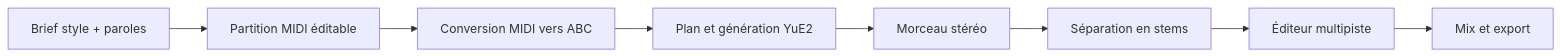
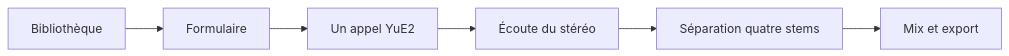
Before and after one commit to azerothl/song-maker: the first of 4 diagrams in specs/SONG_MAKER_SPEC.md, drawn with Mermaid. The commit also changed other lines of this file, not shown here.

````diff
--- a/specs/SONG_MAKER_SPEC.md
+++ b/specs/SONG_MAKER_SPEC.md
@@ -142,10 +166,8 @@
 ```mermaid
 flowchart LR
-    A[Brief style + paroles] --> B[Partition MIDI éditable]
-    B --> C[Conversion MIDI vers ABC]
-    C --> D[Plan et génération YuE2]
-    D --> E[Morceau stéréo]
-    E --> F[Séparation en stems]
-    F --> G[Éditeur multipiste]
-    G --> H[Mix et export]
+    A[Bibliothèque] --> B[Formulaire]
+    B --> C[Un appel YuE2]
+    C --> D[Écoute du stéréo]
+    D --> E[Séparation quatre stems]
+    E --> F[Mix et export]
 ```
````
